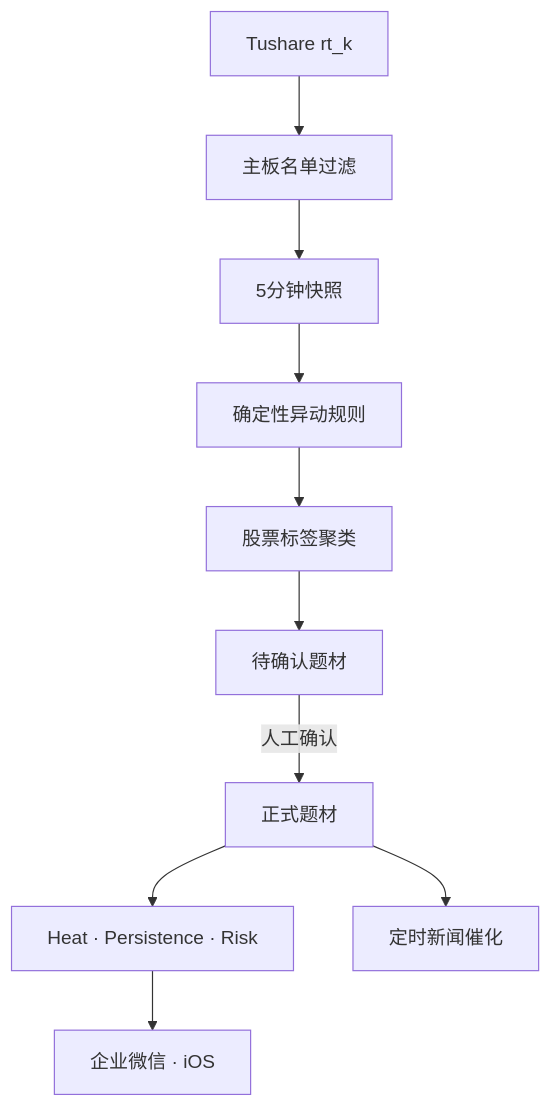
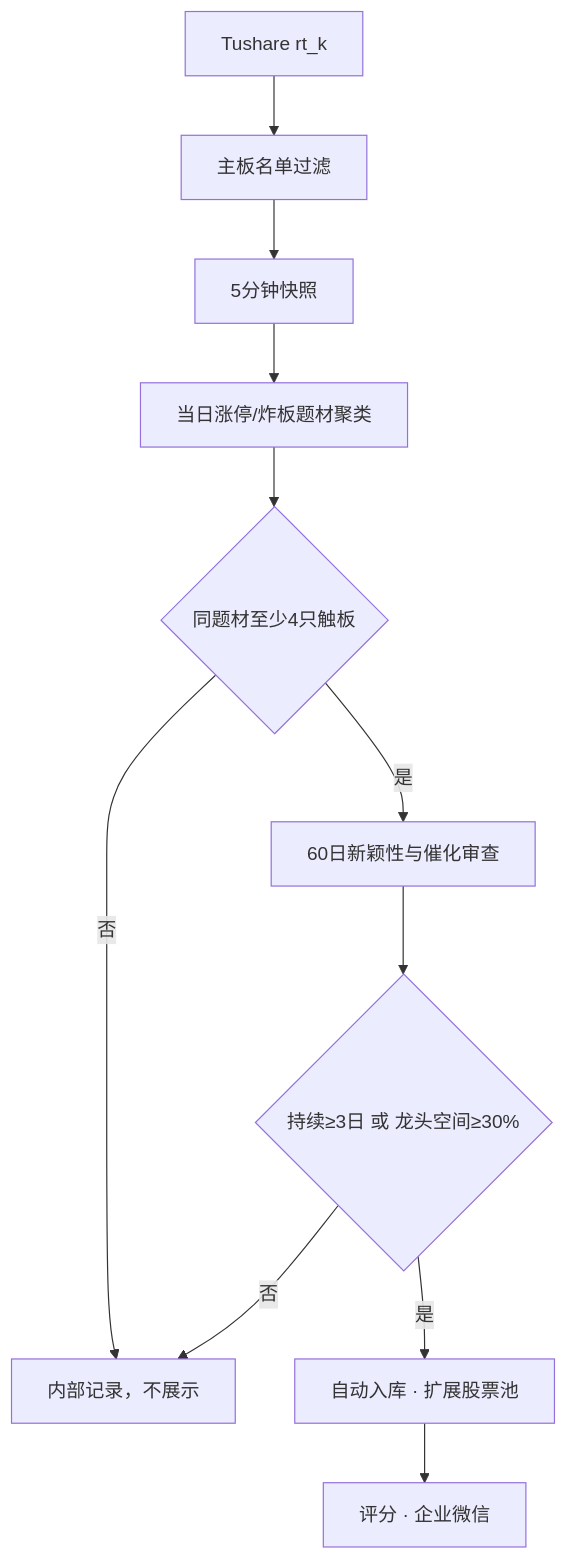
Before and after one commit to Chris958/stocktopic: the diagram in README.md, drawn with Mermaid. The commit also changed other lines of this file and 37 other files, not shown here.

````diff
--- a/README.md
+++ b/README.md
@@ -26,12 +28,13 @@
 ```mermaid
 flowchart TD
     A["Tushare rt_k"] --> B["主板名单过滤"]
     B --> C["5分钟快照"]
-    C --> D["确定性异动规则"]
-    D --> E["股票标签聚类"]
-    E --> F["待确认题材"]
-    F -->|人工确认| G["正式题材"]
-    G --> H["Heat · Persistence · Risk"]
-    G --> I["定时新闻催化"]
-    H --> J["企业微信 · iOS"]
+    C --> D["当日涨停/炸板题材聚类"]
+    D --> E{"同题材至少4只触板"}
+    E -->|否| F["内部记录，不展示"]
+    E -->|是| G["60日新颖性与催化审查"]
+    G --> H{"持续≥3日 或 龙头空间≥30%"}
+    H -->|否| F
+    H -->|是| I["自动入库 · 扩展股票池"]
+    I --> J["评分 · 企业微信"]
 ```
````
